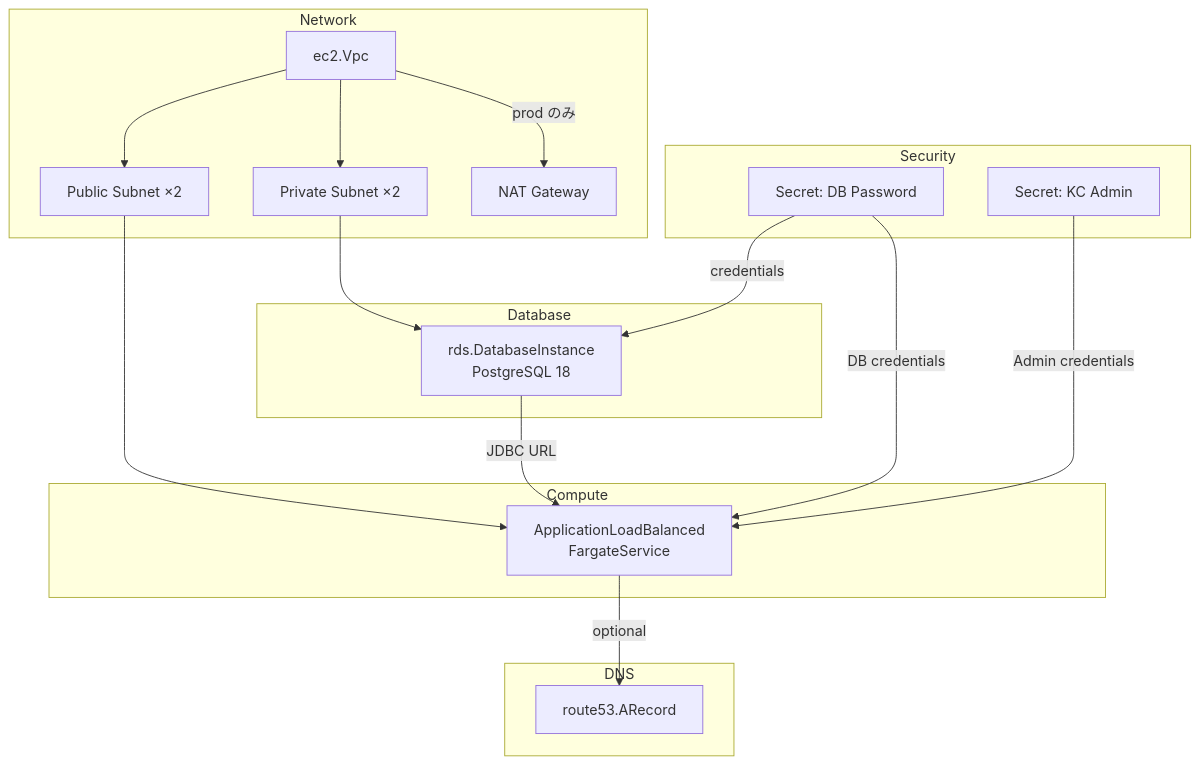
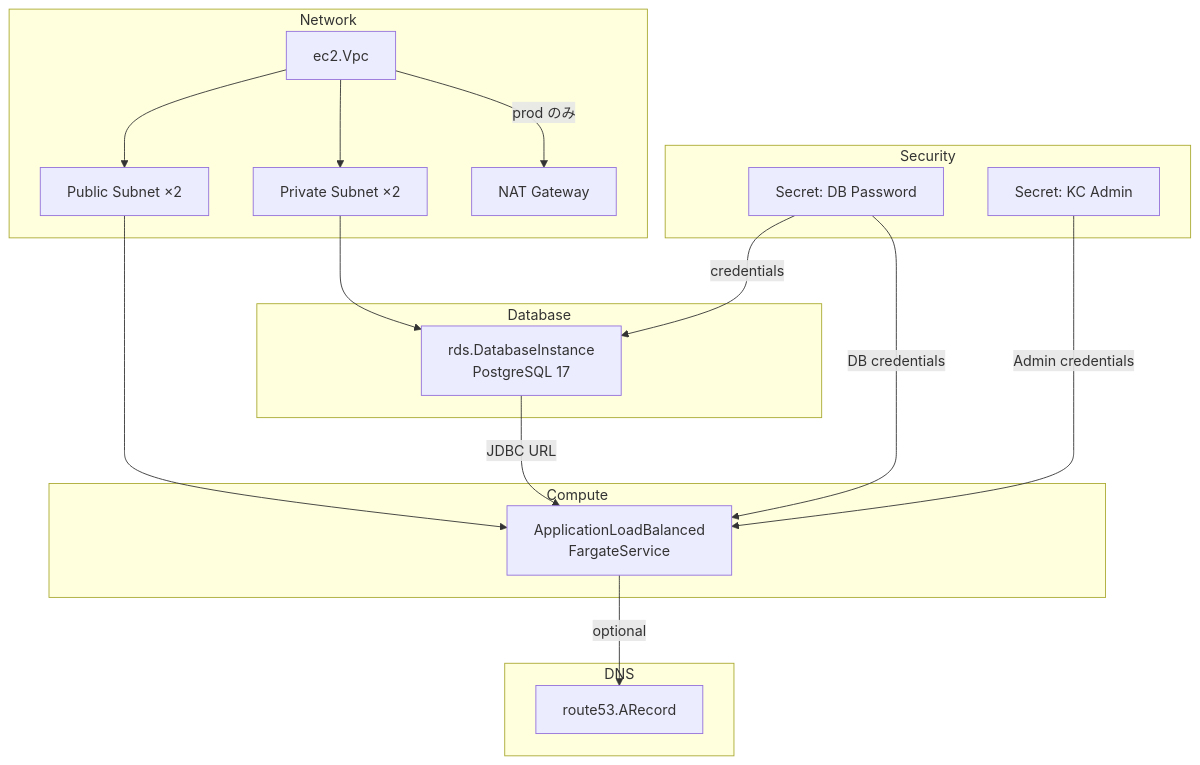
Before and after one commit to mozuq-lab/memoru-liff: the fifth of 7 diagrams in docs/design/infra-cdk-migration/dataflow.md, drawn with Mermaid. The commit also changed other lines of this file and 10 other files, not shown here.

````diff
--- a/docs/design/infra-cdk-migration/dataflow.md
+++ b/docs/design/infra-cdk-migration/dataflow.md
@@ -103,29 +103,29 @@
 ```mermaid
 flowchart TD
     subgraph Network
         VPC[ec2.Vpc] --> PubSub[Public Subnet ×2]
         VPC --> PriSub[Private Subnet ×2]
         VPC -->|prod のみ| NAT[NAT Gateway]
     end
 
     subgraph Security
         SM1[Secret: DB Password]
         SM2[Secret: KC Admin]
     end
 
     subgraph Database
-        PriSub --> RDS[rds.DatabaseInstance<br/>PostgreSQL 18]
+        PriSub --> RDS[rds.DatabaseInstance<br/>PostgreSQL 17]
         SM1 -->|credentials| RDS
     end
 
     subgraph Compute
         PubSub --> ALB_ECS[ApplicationLoadBalanced<br/>FargateService]
         RDS -->|JDBC URL| ALB_ECS
         SM1 -->|DB credentials| ALB_ECS
         SM2 -->|Admin credentials| ALB_ECS
     end
 
     subgraph DNS
         ALB_ECS -->|optional| R53[route53.ARecord]
     end
 ```
````
